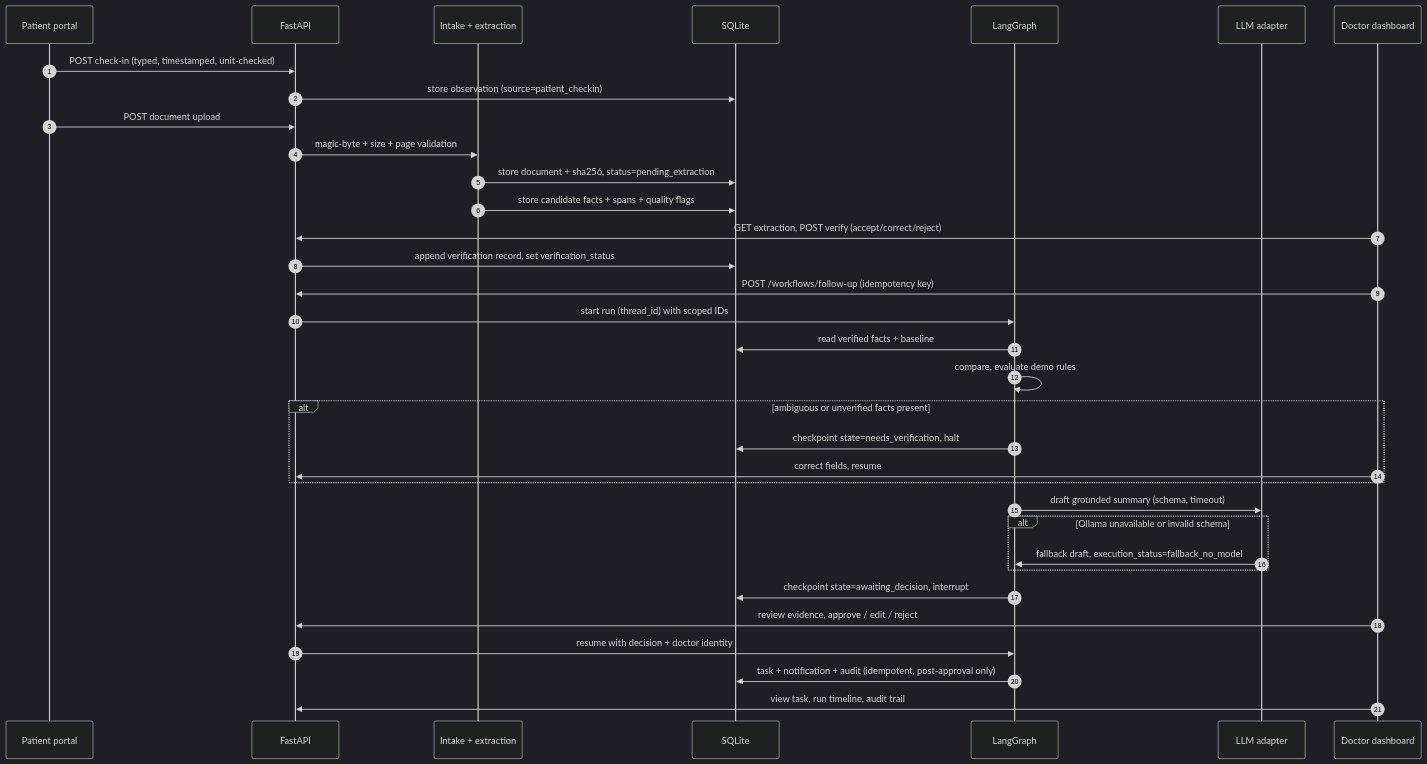
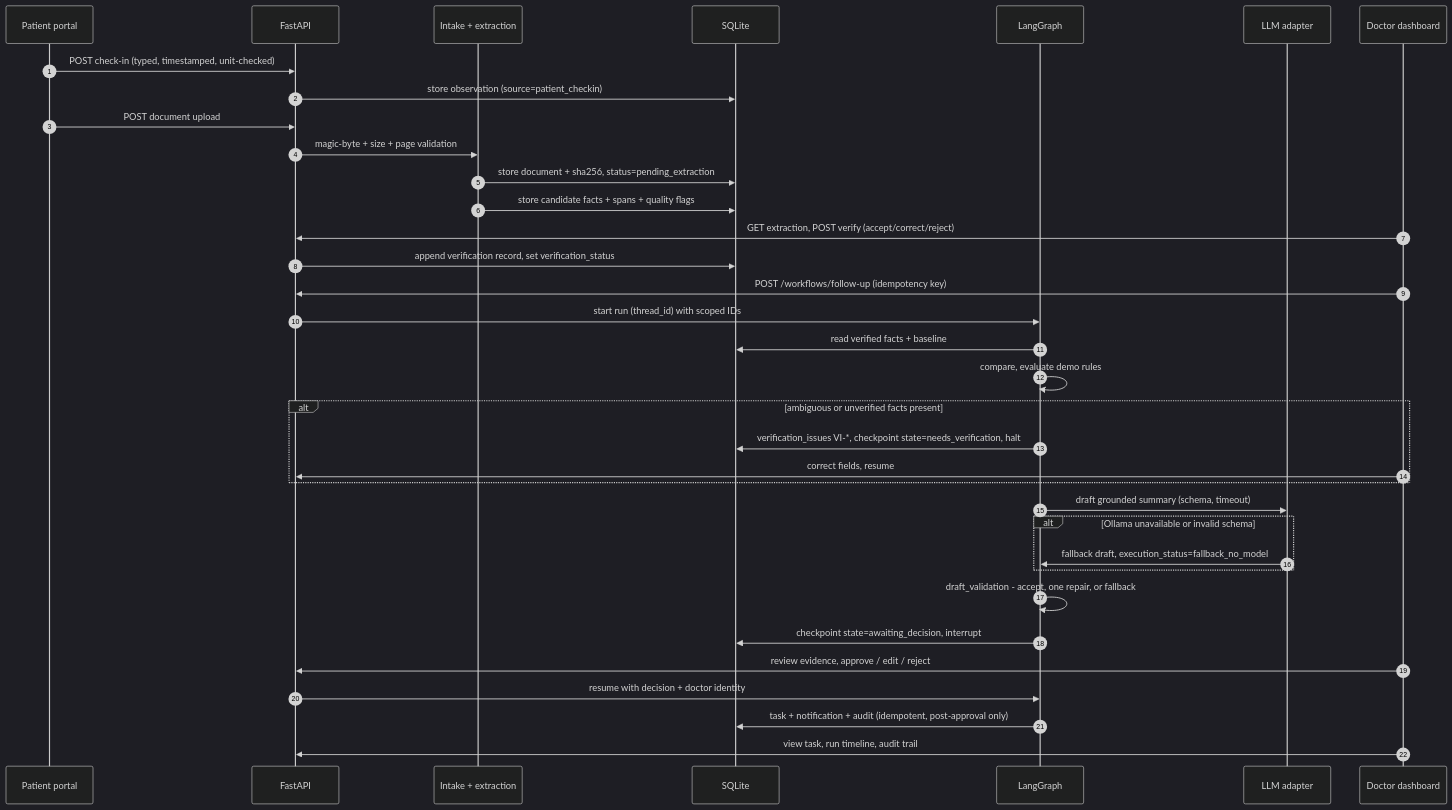
The second of 2 diagrams in docs/architecture/ARCHITECTURE.md (Muhammed-Fathi/AI-Doctor-FollowUp-Agent), drawn with Mermaid (dark theme) before and after one commit. The commit also changed other lines of this file and 21 other files, not shown here.

````diff
--- a/docs/architecture/ARCHITECTURE.md
+++ b/docs/architecture/ARCHITECTURE.md
@@ -139,36 +149,37 @@
 ```mermaid
 sequenceDiagram
     autonumber
     participant P as Patient portal
     participant A as FastAPI
     participant E as Intake + extraction
     participant DB as SQLite
     participant G as LangGraph
     participant L as LLM adapter
     participant D as Doctor dashboard
     P->>A: POST check-in (typed, timestamped, unit-checked)
     A->>DB: store observation (source=patient_checkin)
     P->>A: POST document upload
     A->>E: magic-byte + size + page validation
     E->>DB: store document + sha256, status=pending_extraction
     E->>DB: store candidate facts + spans + quality flags
     D->>A: GET extraction, POST verify (accept/correct/reject)
     A->>DB: append verification record, set verification_status
     D->>A: POST /workflows/follow-up (idempotency key)
     A->>G: start run (thread_id) with scoped IDs
     G->>DB: read verified facts + baseline
     G->>G: compare, evaluate demo rules
     alt ambiguous or unverified facts present
-        G->>DB: checkpoint state=needs_verification, halt
+        G->>DB: verification_issues VI-*, checkpoint state=needs_verification, halt
         D->>A: correct fields, resume
     end
     G->>L: draft grounded summary (schema, timeout)
     alt Ollama unavailable or invalid schema
         L->>G: fallback draft, execution_status=fallback_no_model
     end
+    G->>G: draft_validation - accept, one repair, or fallback
     G->>DB: checkpoint state=awaiting_decision, interrupt
     D->>A: review evidence, approve / edit / reject
     A->>G: resume with decision + doctor identity
     G->>DB: task + notification + audit (idempotent, post-approval only)
     D->>A: view task, run timeline, audit trail
 ```
````
